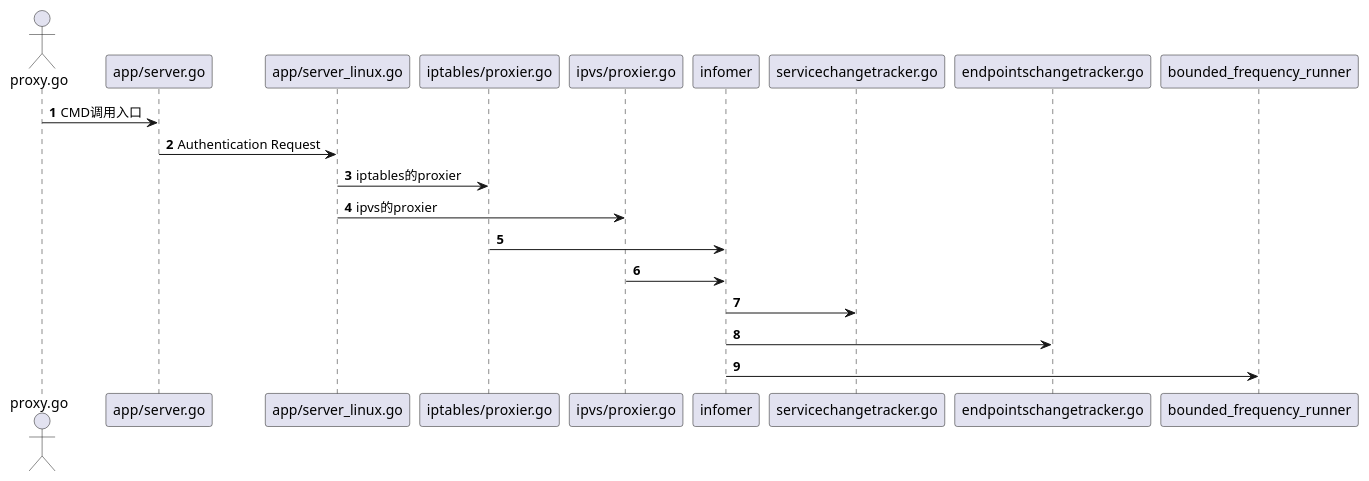
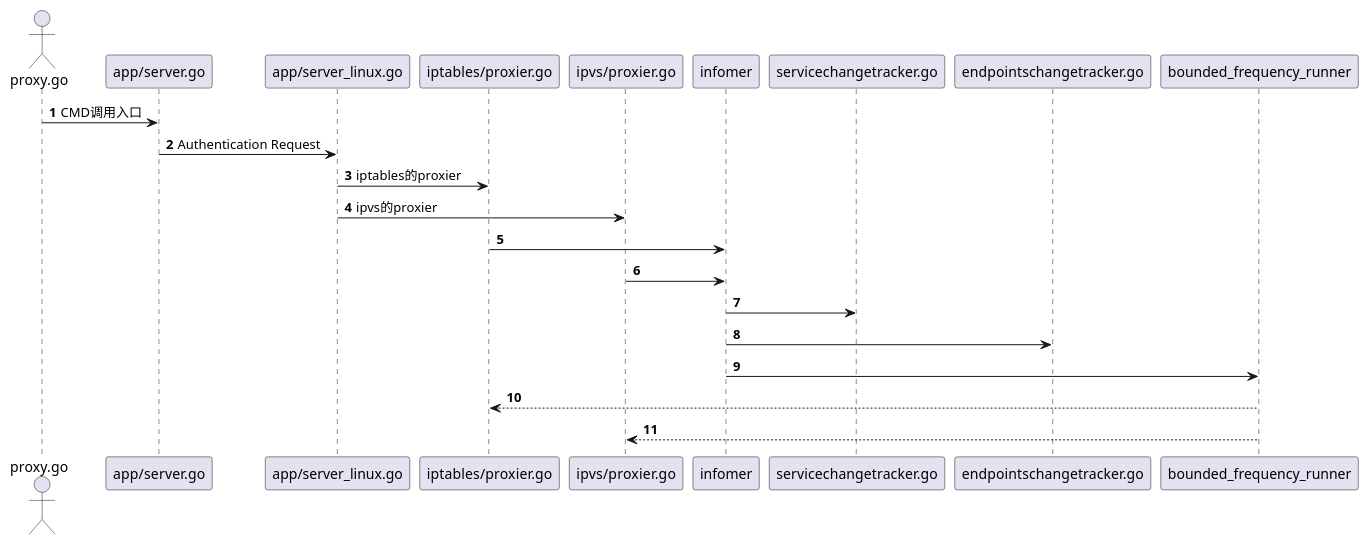
One commit to zehonghuang/zehonghuang.github.io changed the diagram in static/kube-proxy.puml. Above: the diagram before and after it, drawn with PlantUML.

Commit message:
2024年8月19日13:41:50

```diff
--- a/static/kube-proxy.puml
+++ b/static/kube-proxy.puml
@@ -1,22 +1,25 @@
 @startuml
 'https://plantuml.com/sequence-diagram
 
 autonumber
 
 actor "proxy.go" as main
 
 main -> "app/server.go": CMD调用入口
 
 "app/server.go" -> "app/server_linux.go": Authentication Request
 "app/server_linux.go" -> "iptables/proxier.go" : iptables的proxier
 "app/server_linux.go" -> "ipvs/proxier.go" : ipvs的proxier
 
 "iptables/proxier.go" -> "infomer"
 "ipvs/proxier.go" -> "infomer"
 
 "infomer" -> "servicechangetracker.go"
 "infomer" -> "endpointschangetracker.go"
 
 "infomer" -> "bounded_frequency_runner"
 
+"bounded_frequency_runner" --> "iptables/proxier.go"
+"bounded_frequency_runner" --> "ipvs/proxier.go"
+
 @enduml
```
